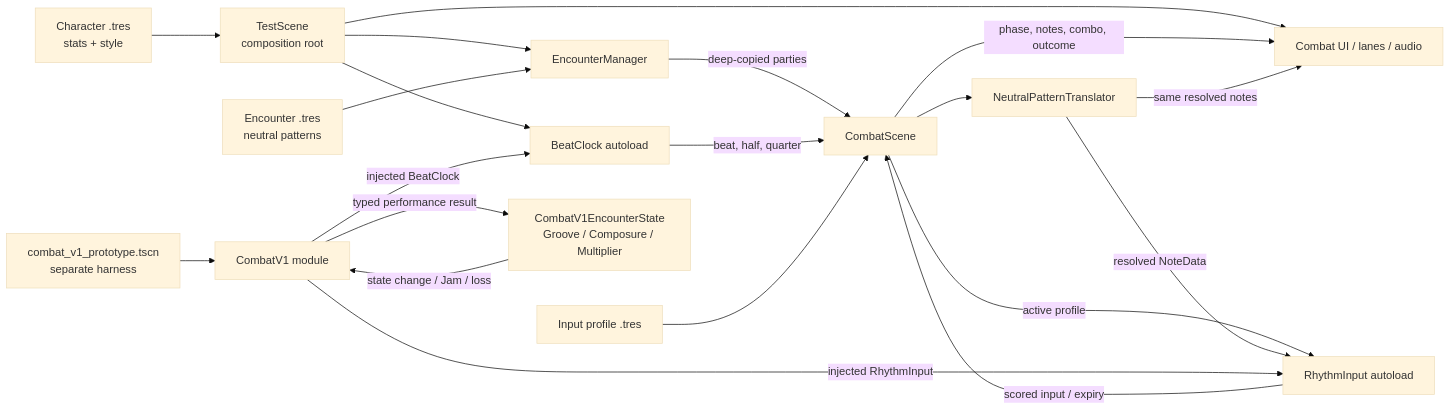
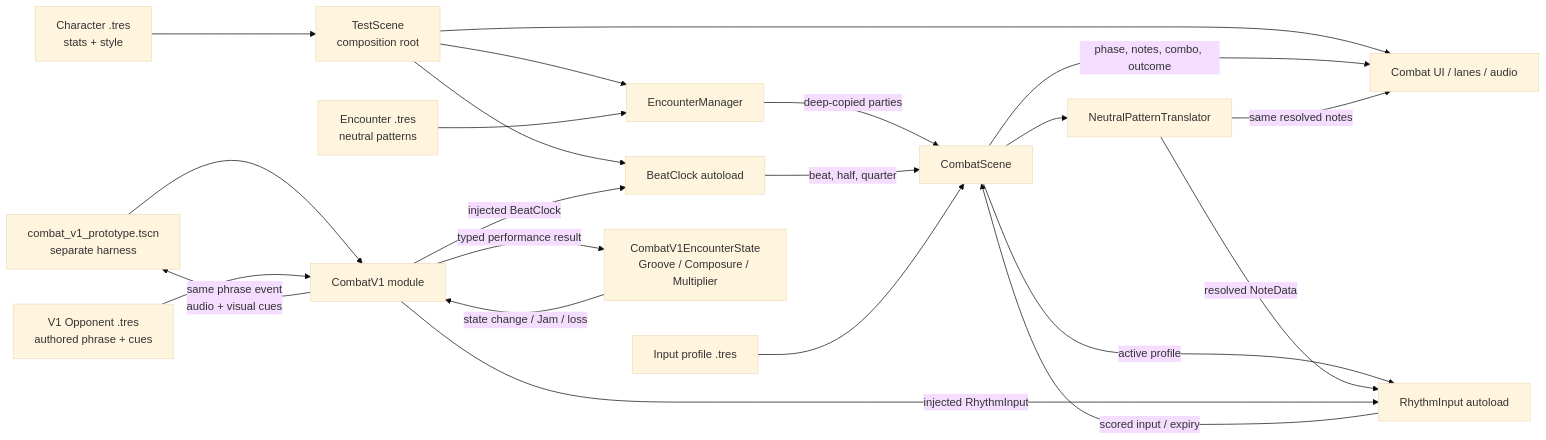
One commit to Parz1val1/rhythm-game-prototype changed the first of 2 diagrams in docs/ARCHITECTURE.md. Above: the diagram before and after it, drawn with Mermaid (base theme). The commit also changed other lines of this file and 15 other files, not shown here.

Commit message:
feat: play authored Combat V1 opponent phrase (#11)

````diff
--- a/docs/ARCHITECTURE.md
+++ b/docs/ARCHITECTURE.md
@@ -28,22 +30,24 @@
 ```mermaid
 flowchart LR
     TS[TestScene<br/>composition root] --> BC[BeatClock autoload]
     TS --> EM[EncounterManager]
     TS --> UI[Combat UI / lanes / audio]
     EM -->|deep-copied parties| CS[CombatScene]
     BC -->|beat, half, quarter| CS
     RI[RhythmInput autoload] -->|scored input / expiry| CS
     CS -->|active profile| RI
     CS -->|phase, notes, combo, outcome| UI
     EN[Encounter .tres<br/>neutral patterns] --> EM
     CP[Character .tres<br/>stats + style] --> TS
     IP[Input profile .tres] --> CS
     CS --> NPT[NeutralPatternTranslator]
     NPT -->|resolved NoteData| RI
     NPT -->|same resolved notes| UI
     V1P[combat_v1_prototype.tscn<br/>separate harness] --> V1[CombatV1 module]
+    V1O[V1 Opponent .tres<br/>authored phrase + cues] --> V1
     V1 -->|injected BeatClock| BC
     V1 -->|injected RhythmInput| RI
+    V1 -->|same phrase event<br/>audio + visual cues| V1P
     V1 -->|typed performance result| V1S[CombatV1EncounterState<br/>Groove / Composure / Multiplier]
     V1S -->|state change / Jam / loss| V1
 ```
````
